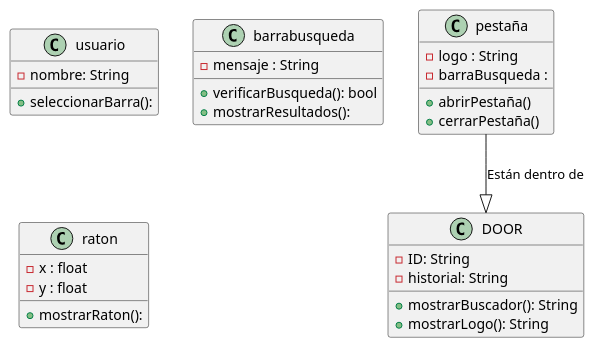
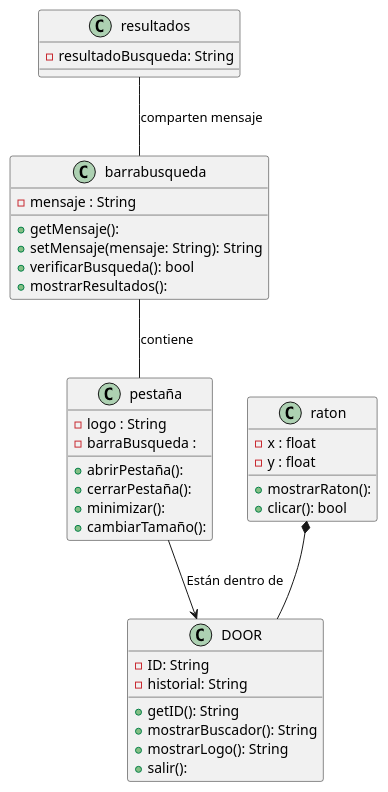
Before and after one commit to Pablolafuente33/Repositorio139: the diagram in .idea/DOOR.puml, drawn with PlantUML.

```diff
--- a/.idea/DOOR.puml
+++ b/.idea/DOOR.puml
@@ -1,31 +1,39 @@
 @startuml
 class DOOR{
     - ID: String
     - historial: String
+    + getID(): String
     + mostrarBuscador(): String
     + mostrarLogo(): String
+    + salir():
 }
 class pestaña{
-    -logo : String
-    -barraBusqueda :
-    +abrirPestaña()
-    +cerrarPestaña()
-}
-class usuario{
-    - nombre: String
-    + seleccionarBarra():
+    - logo : String
+    - barraBusqueda :
+    + abrirPestaña():
+    + cerrarPestaña():
+    + minimizar():
+    + cambiarTamaño():
 }
 class barrabusqueda{
     - mensaje : String
+    + getMensaje():
+    + setMensaje(mensaje: String): String
     + verificarBusqueda(): bool
     + mostrarResultados():
 }
+class resultados{
+    -resultadoBusqueda: String
 
+}
 class raton{
     -x : float
     -y : float
     +mostrarRaton():
+    +clicar(): bool
 }
-pestaña --|> DOOR : Están dentro de
-
+pestaña --> DOOR : Están dentro de
+barrabusqueda -- pestaña: contiene
+raton *-- DOOR
+resultados -- barrabusqueda : comparten mensaje
 @enduml
```
